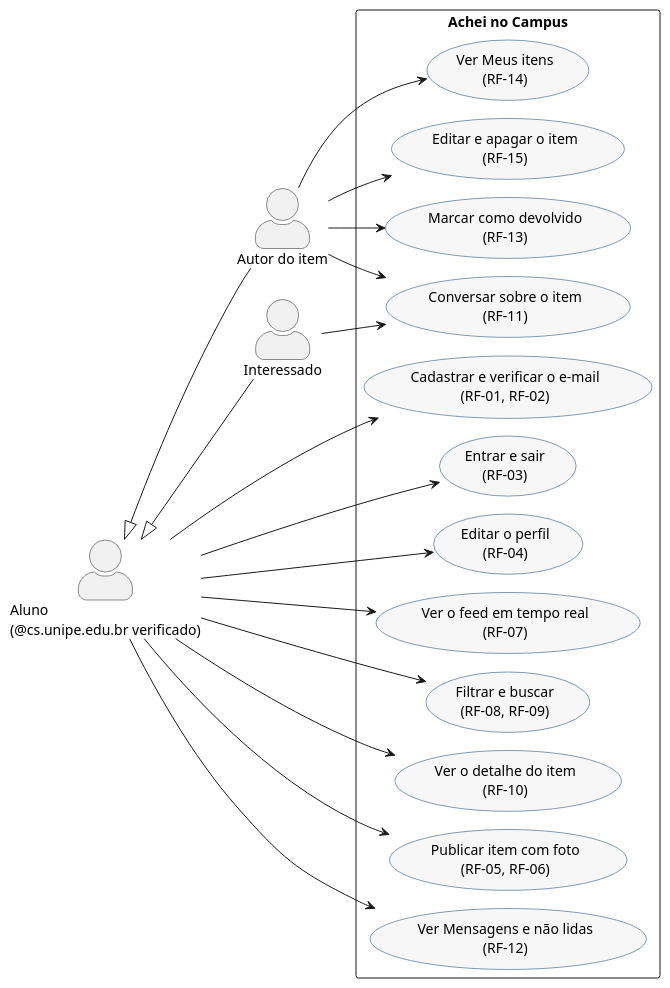
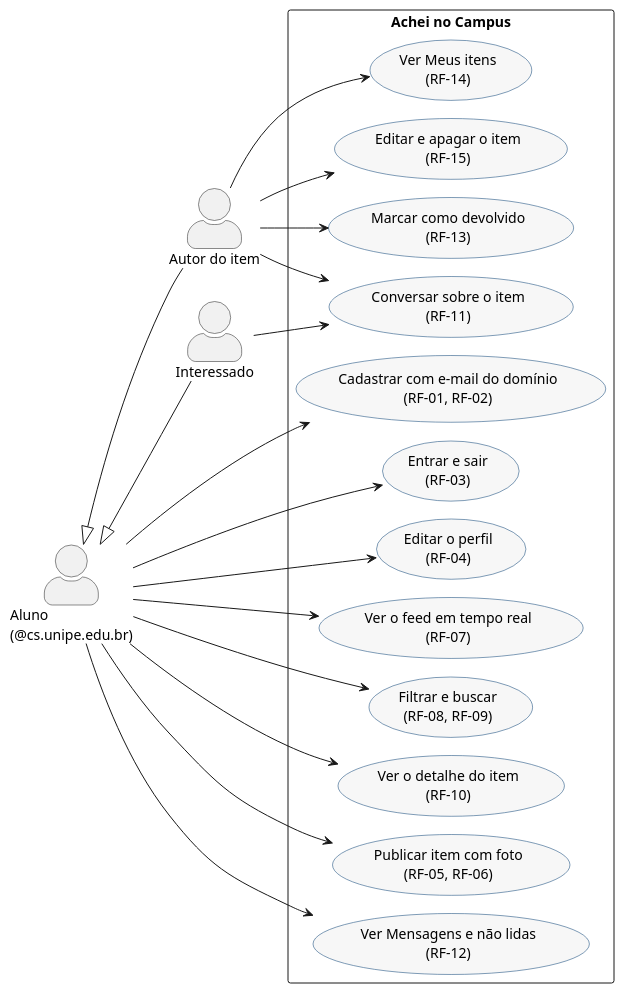
Before and after one commit to dv-dev1/achei-no-campus: the diagram in docs/diagramas/casos-de-uso.puml, drawn with PlantUML. The commit also changed 7 other files, not shown here.

```diff
--- a/docs/diagramas/casos-de-uso.puml
+++ b/docs/diagramas/casos-de-uso.puml
@@ -1,49 +1,49 @@
 @startuml casos-de-uso
 ' Casos de uso do Achei no Campus, como o app está na main.
 ' Gerar o SVG: ver docs/diagramas/README.md.
 !pragma layout smetana
 skinparam defaultFontName sans-serif
 skinparam actorStyle awesome
 skinparam usecase {
   BackgroundColor #F7F7F7
   BorderColor #003B71
 }
 left to right direction
 
-actor "Aluno\n(@cs.unipe.edu.br verificado)" as Aluno
+actor "Aluno\n(@cs.unipe.edu.br)" as Aluno
 actor "Autor do item" as Autor
 actor "Interessado" as Interessado
 Aluno <|-- Autor
 Aluno <|-- Interessado
 
 rectangle "Achei no Campus" {
-  usecase "Cadastrar e verificar o e-mail\n(RF-01, RF-02)" as UC01
+  usecase "Cadastrar com e-mail do domínio\n(RF-01, RF-02)" as UC01
   usecase "Entrar e sair\n(RF-03)" as UC03
   usecase "Editar o perfil\n(RF-04)" as UC04
   usecase "Ver o feed em tempo real\n(RF-07)" as UC07
   usecase "Filtrar e buscar\n(RF-08, RF-09)" as UC08
   usecase "Ver o detalhe do item\n(RF-10)" as UC10
   usecase "Publicar item com foto\n(RF-05, RF-06)" as UC05
   usecase "Ver Meus itens\n(RF-14)" as UC14
   usecase "Editar e apagar o item\n(RF-15)" as UC15
   usecase "Marcar como devolvido\n(RF-13)" as UC13
   usecase "Conversar sobre o item\n(RF-11)" as UC11
   usecase "Ver Mensagens e não lidas\n(RF-12)" as UC12
 }
 
 Aluno --> UC01
 Aluno --> UC03
 Aluno --> UC04
 Aluno --> UC07
 Aluno --> UC08
 Aluno --> UC10
 Aluno --> UC05
 Aluno --> UC12
 
 Autor --> UC14
 Autor --> UC15
 Autor --> UC13
 Autor --> UC11
 
 Interessado --> UC11
 @enduml
```
